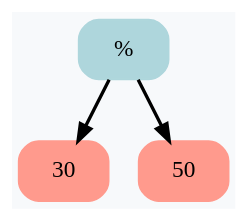
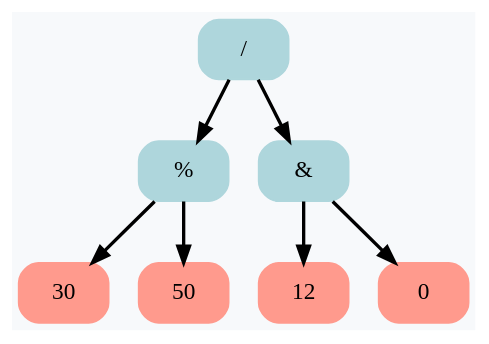
The diagram in Expression.dot (RTCupid/Differentiator), drawn with Graphviz before and after one commit. The commit also changed 9 other files, not shown here.

```diff
--- a/Expression.dot
+++ b/Expression.dot
@@ -1,9 +1,17 @@
 digraph G {
 	rankdir = HR;
 	bgcolor="#F7F9FB"
+	 node0x503000000160 [shape=Mrecord; style=filled; color="#aed6dc"; label =  "/ " ];
+	 node0x503000000160 -> node0x5030000000a0 [ style=bold; weight=1000; ];
+	 node0x503000000160 -> node0x503000000130 [ style=bold; weight=1000; ];
 	 node0x5030000000a0 [shape=Mrecord; style=filled; color="#aed6dc"; label =  "% " ];
 	 node0x5030000000a0 -> node0x503000000040 [ style=bold; weight=1000; ];
 	 node0x5030000000a0 -> node0x503000000070 [ style=bold; weight=1000; ];
 	 node0x503000000040 [shape=Mrecord; style=filled; color="#ff9a8d"; label =  "30 " ];
 	 node0x503000000070 [shape=Mrecord; style=filled; color="#ff9a8d"; label =  "50 " ];
+	 node0x503000000130 [shape=Mrecord; style=filled; color="#aed6dc"; label =  "& " ];
+	 node0x503000000130 -> node0x5030000000d0 [ style=bold; weight=1000; ];
+	 node0x503000000130 -> node0x503000000100 [ style=bold; weight=1000; ];
+	 node0x5030000000d0 [shape=Mrecord; style=filled; color="#ff9a8d"; label =  "12 " ];
+	 node0x503000000100 [shape=Mrecord; style=filled; color="#ff9a8d"; label =  "0 " ];
 }
```
